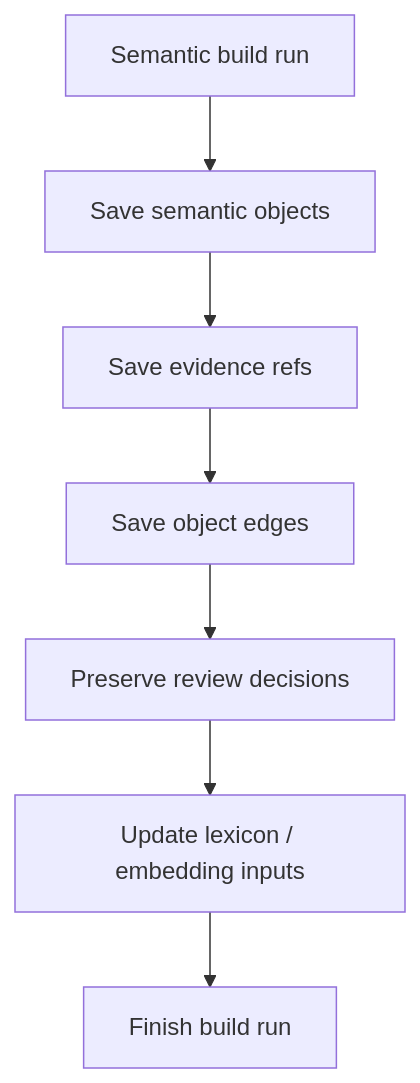
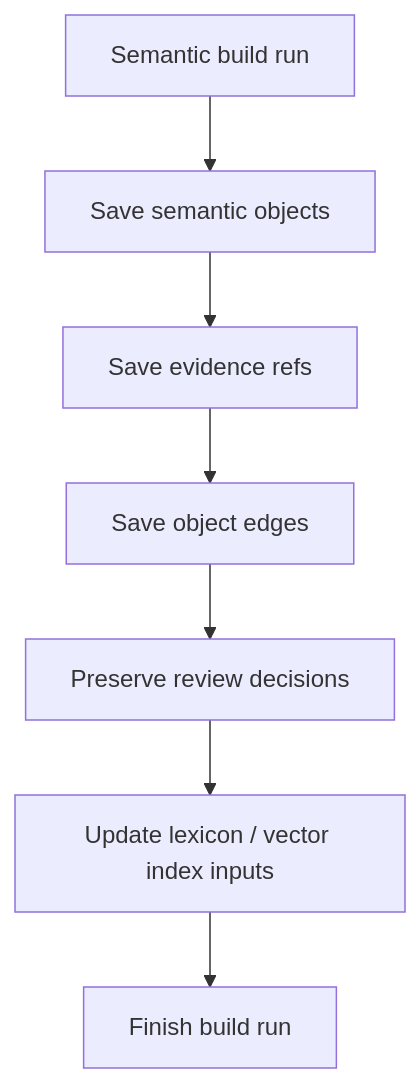
Before and after one commit to xiaoguang/relation-detector: the second of 2 diagrams in docs/design/semantic-layer/04-semantic-catalog-store.md, drawn with Mermaid. The commit also changed other lines of this file and 14 other files, not shown here.

````diff
--- a/docs/design/semantic-layer/04-semantic-catalog-store.md
+++ b/docs/design/semantic-layer/04-semantic-catalog-store.md
@@ -70,9 +88,9 @@
 ```mermaid
 flowchart TD
   A["Semantic build run"] --> B["Save semantic objects"]
   B --> C["Save evidence refs"]
   C --> D["Save object edges"]
   D --> E["Preserve review decisions"]
-  E --> F["Update lexicon / embedding inputs"]
+  E --> F["Update lexicon / vector index inputs"]
   F --> G["Finish build run"]
 ```
````
